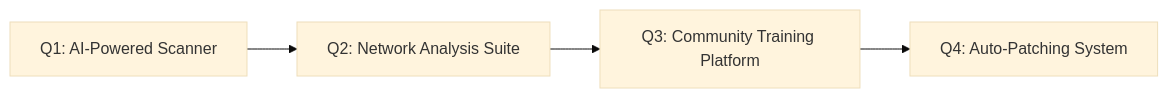
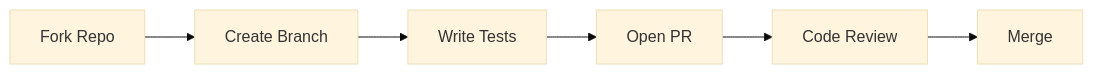
Before and after one commit to blackwolf-git/blackwolf-git: the third of 3 diagrams in README.md, drawn with Mermaid (base theme). The commit also changed other lines of this file, not shown here.

````diff
--- a/README.md
+++ b/README.md
@@ -58,6 +144,8 @@
 ```mermaid
 graph LR
-A[Q1: AI-Powered Scanner] --> B[Q2: Network Analysis Suite]
-B --> C[Q3: Community Training Platform]
-C --> D[Q4: Auto-Patching System]
+  A[Fork Repo] --> B[Create Branch]
+  B --> C[Write Tests]
+  C --> D[Open PR]
+  D --> E[Code Review]
+  E --> F[Merge]
 ```
````
